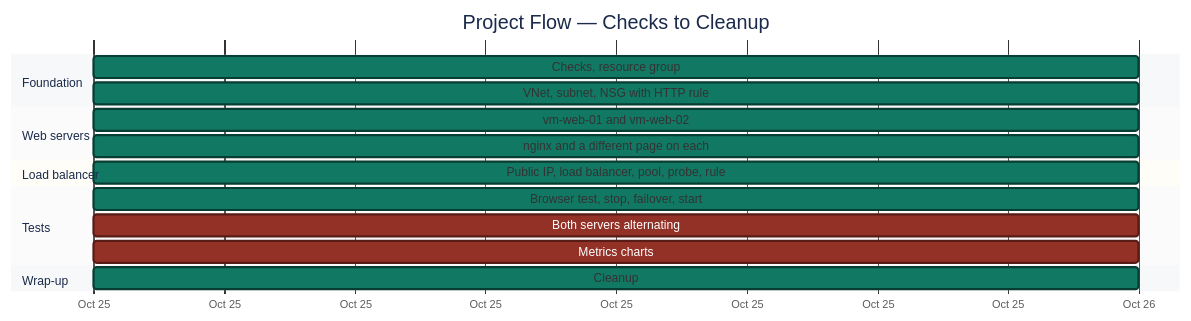
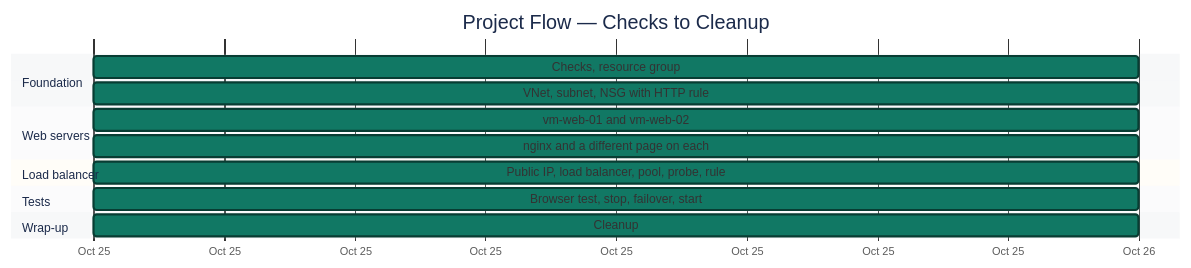
One commit to malaika-azhar/Cloud-Infrastructure-Engineering changed the second of 3 diagrams in Azure/06-load-balancer/README.md. Above: the diagram before and after it, drawn with Mermaid. The commit also changed other lines of this file, not shown here.

````diff
--- a/Azure/06-load-balancer/README.md
+++ b/Azure/06-load-balancer/README.md
@@ -184,28 +183,26 @@
 ```mermaid
 %%{init: { 'theme': 'base', 'themeVariables': {
   'doneTaskBkgColor':'#117864', 'doneTaskBorderColor':'#083D33',
   'critBkgColor':'#943126', 'critBorderColor':'#571C16',
   'sectionBkgColor':'#D6DBDF', 'altSectionBkgColor':'#EAECEE',
   'taskTextColor':'#FFFFFF', 'taskTextOutsideColor':'#1B2631',
   'taskTextLightColor':'#FFFFFF',
   'titleColor':'#1B2A4A', 'fontSize':'16px'
 }}}%%
 gantt
     title Project Flow — Checks to Cleanup
     dateFormat YYYY-MM-DD
     axisFormat %b %d
     section Foundation
     Checks, resource group                       :done, 2026-10-25, 1d
     VNet, subnet, NSG with HTTP rule             :done, 2026-10-25, 1d
     section Web servers
     vm-web-01 and vm-web-02                      :done, 2026-10-25, 1d
     nginx and a different page on each           :done, 2026-10-25, 1d
     section Load balancer
     Public IP, load balancer, pool, probe, rule  :done, 2026-10-25, 1d
     section Tests
     Browser test, stop, failover, start          :done, 2026-10-25, 1d
-    Both servers alternating                     :crit, 2026-10-25, 1d
-    Metrics charts                               :crit, 2026-10-25, 1d
     section Wrap-up
     Cleanup                                      :done, 2026-10-25, 1d
 ```
````
